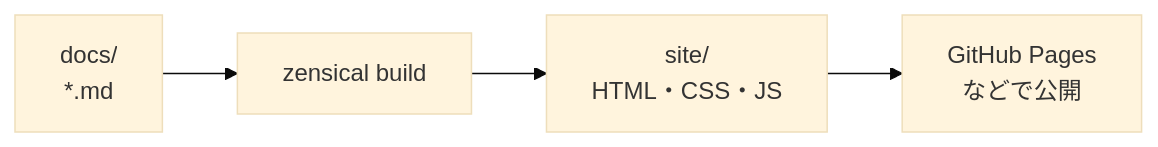
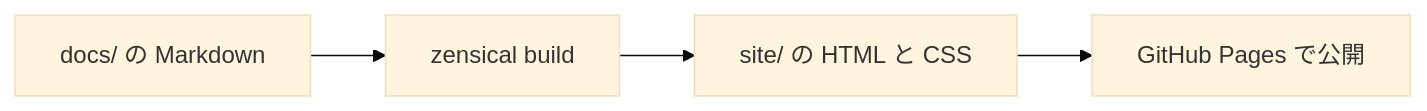
Before and after one commit to ht-0328/it-tools-guidebook: the first of 2 diagrams in docs/zensical.md, drawn with Mermaid (base theme). The commit also changed other lines of this file and 2 other files, not shown here.

Commit message:
fix: mermaid の図が Syntax error になるのを直す
原因は2つあった。

1つ目は図の書き方である。ラベルの中にバッククォート3つを入れており、mermaid が
構文として解釈していた。あわせて <br> も外し、ラベルを文字だけにした。矢印も
1行に1本へ分けた。

2つ目は描画の呼び出し方である。pymdownx.superfences の出力は
<pre class="mermaid"><code>…</code></pre> で、code が入れ子になっている。
mermaid が要素の中身を丸ごと読むとタグが構文に混ざる。描く前に code の中身を
平らな文字へ置き換えるようにした。

node が手元に無いため、構文検査は実行していない。生成物の図にバッククォートと
山かっこが残っていないことは確かめた。

````diff
--- a/docs/zensical.md
+++ b/docs/zensical.md
@@ -20,5 +20,6 @@
 ```mermaid
 flowchart LR
-    A["docs/<br>*.md"] --> B["zensical build"] --> C["site/<br>HTML・CSS・JS"]
-    C --> D["GitHub Pages<br>などで公開"]
+    A["docs/ の Markdown"] --> B["zensical build"]
+    B --> C["site/ の HTML と CSS"]
+    C --> D["GitHub Pages で公開"]
 ```
````
